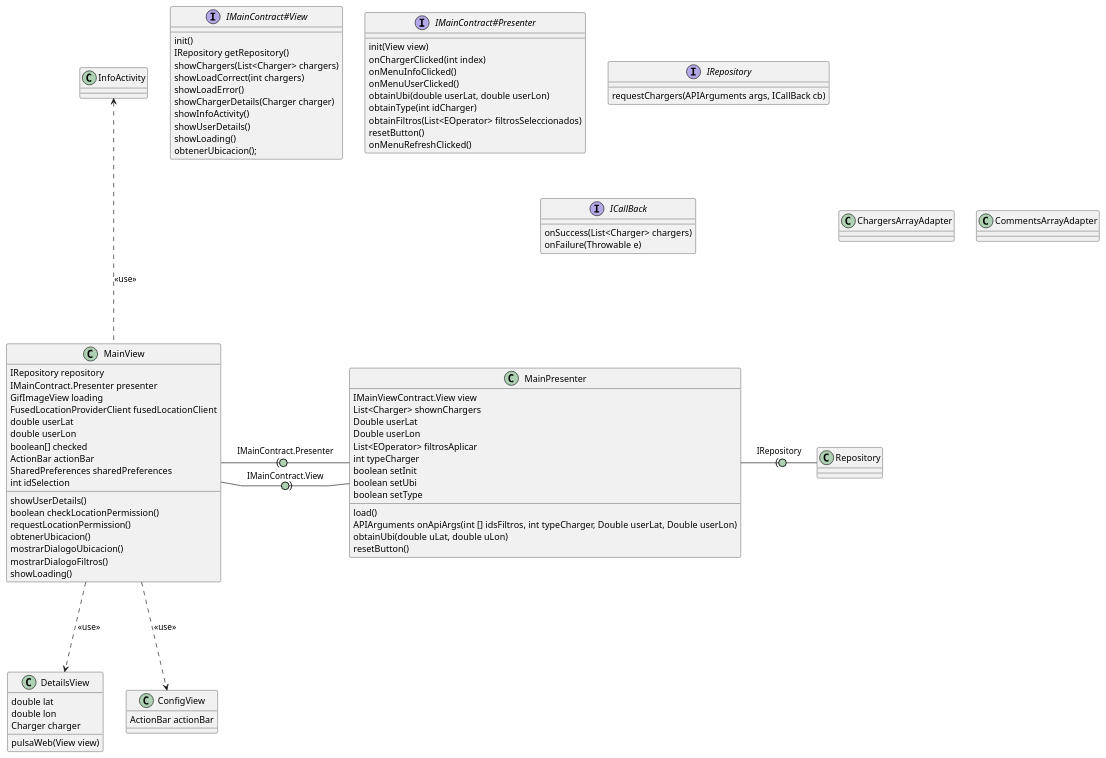
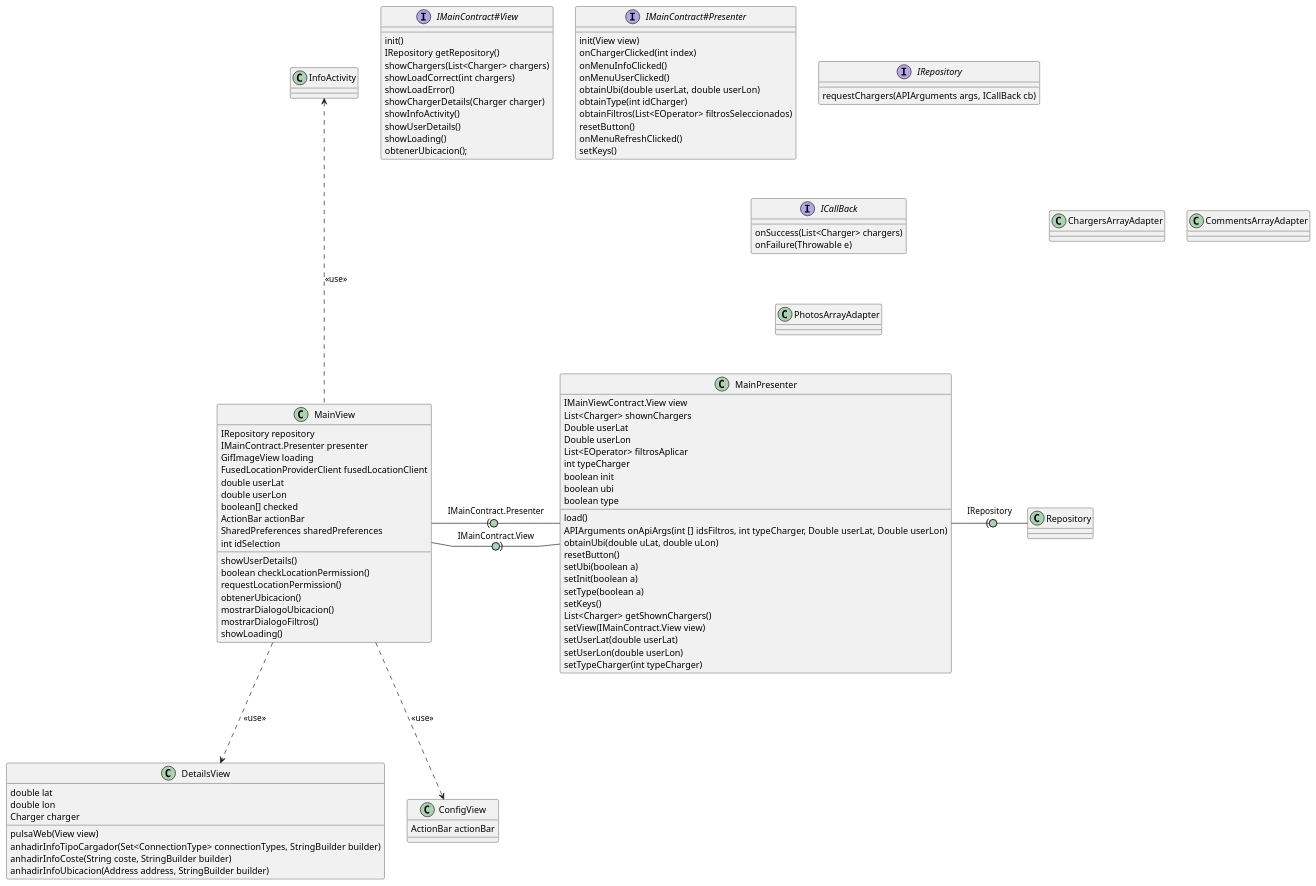
Before and after one commit to isunican/App-CarChargers-Grupo3: the diagram in Docs/Models/arquitectura.puml, drawn with PlantUML. The commit also changed 1 other file, not shown here.

```diff
--- a/Docs/Models/arquitectura.puml
+++ b/Docs/Models/arquitectura.puml
@@ -1,108 +1,123 @@
 @startuml arquitectura
 
 skinparam linetype polyline
 skinparam arrowLollipopColor #ADD1B2
 
 MainView -right(0- MainPresenter : IMainContract.Presenter
 MainView -right0)- MainPresenter : IMainContract.View
 MainView -up..-> InfoActivity : <<use>>
 MainView -down..> DetailsView : <<use>>
 MainView -down..> ConfigView : <<use>>
 
 
 MainPresenter -right(0- Repository : IRepository
 
 together {
   interface IMainContract#View
   interface IMainContract#Presenter
   interface IRepository
   interface ICallBack
 }
 
 class MainPresenter {
    IMainViewContract.View view
    List<Charger> shownChargers
    Double userLat
    Double userLon
    List<EOperator> filtrosAplicar
    int typeCharger
-   boolean setInit
-   boolean setUbi
-   boolean setType
+   boolean init
+   boolean ubi
+   boolean type
    load()
    APIArguments onApiArgs(int [] idsFiltros, int typeCharger, Double userLat, Double userLon) 
    obtainUbi(double uLat, double uLon)
    resetButton()
+   setUbi(boolean a)
+   setInit(boolean a)
+   setType(boolean a)
+   setKeys()
+   List<Charger> getShownChargers()
+   setView(IMainContract.View view)
+   setUserLat(double userLat)
+   setUserLon(double userLon)
+   setTypeCharger(int typeCharger)
 }
 
 class MainView {
    IRepository repository
    IMainContract.Presenter presenter
    GifImageView loading
    FusedLocationProviderClient fusedLocationClient
    double userLat
    double userLon
    boolean[] checked
    ActionBar actionBar
    SharedPreferences sharedPreferences
    int idSelection
    showUserDetails()
    boolean checkLocationPermission() 
    requestLocationPermission()
    obtenerUbicacion()
    mostrarDialogoUbicacion()
    mostrarDialogoFiltros()
    showLoading()
 }
 
 class ChargersArrayAdapter {
    
 }
 
 class CommentsArrayAdapter {}
 
+class PhotosArrayAdapter {}
+
 class ConfigView {
    ActionBar actionBar
 }
 class DetailsView {
    double lat
    double lon
    Charger charger
    pulsaWeb(View view)
+   anhadirInfoTipoCargador(Set<ConnectionType> connectionTypes, StringBuilder builder)
+   anhadirInfoCoste(String coste, StringBuilder builder)
+   anhadirInfoUbicacion(Address address, StringBuilder builder)
 }
 
 interface IMainContract#View {
     init()
     IRepository getRepository()
     showChargers(List<Charger> chargers)
     showLoadCorrect(int chargers)
     showLoadError()
     showChargerDetails(Charger charger)
     showInfoActivity()
     showUserDetails()
     showLoading()
     obtenerUbicacion();
 }
 
 interface IMainContract#Presenter {
    init(View view)
    onChargerClicked(int index)
    onMenuInfoClicked()
    onMenuUserClicked()
    obtainUbi(double userLat, double userLon)
    obtainType(int idCharger)
    obtainFiltros(List<EOperator> filtrosSeleccionados)
    resetButton()
-   onMenuRefreshClicked()
+   onMenuRefreshClicked()  
+   setKeys()
 }
 
 interface IRepository {
     requestChargers(APIArguments args, ICallBack cb)
 }
 
 interface ICallBack {
     onSuccess(List<Charger> chargers)
     onFailure(Throwable e)
 }
 
 @enduml
```
